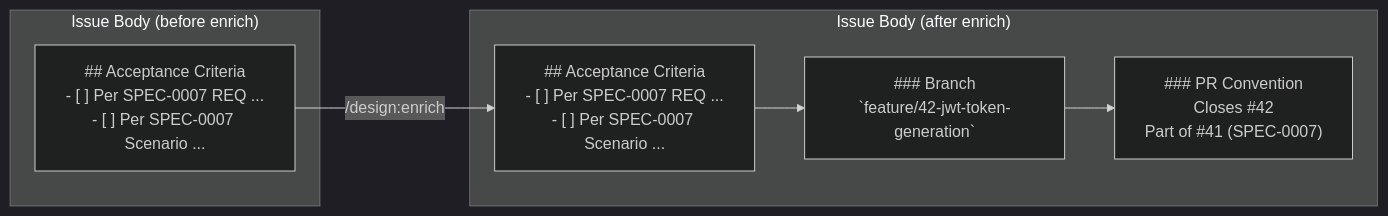
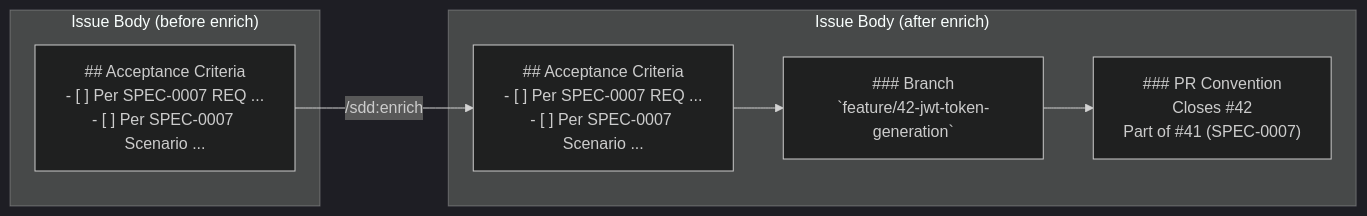
The second of 4 diagrams in docs/openspec/specs/retroactive-issue-management/design.md (joestump/claude-plugin-design), drawn with Mermaid (dark theme) before and after one commit. The commit also changed other lines of this file and 106 other files, not shown here.

First line of the commit message:
Rename plugin: design → sdd (Spec-Driven Development) (#75)

````diff
--- a/docs/openspec/specs/retroactive-issue-management/design.md
+++ b/docs/openspec/specs/retroactive-issue-management/design.md
@@ -110,16 +110,16 @@
 ```mermaid
 flowchart LR
     subgraph "Issue Body (before enrich)"
         B1["## Acceptance Criteria\n- [ ] Per SPEC-0007 REQ ...\n- [ ] Per SPEC-0007 Scenario ..."]
     end
 
     subgraph "Issue Body (after enrich)"
         B2["## Acceptance Criteria\n- [ ] Per SPEC-0007 REQ ...\n- [ ] Per SPEC-0007 Scenario ..."]
         B3["### Branch\n`feature/42-jwt-token-generation`"]
         B4["### PR Convention\nCloses #42\nPart of #41 (SPEC-0007)"]
     end
 
-    B1 -->|"/design:enrich"| B2
+    B1 -->|"/sdd:enrich"| B2
     B2 --> B3
     B3 --> B4
 ```
````
